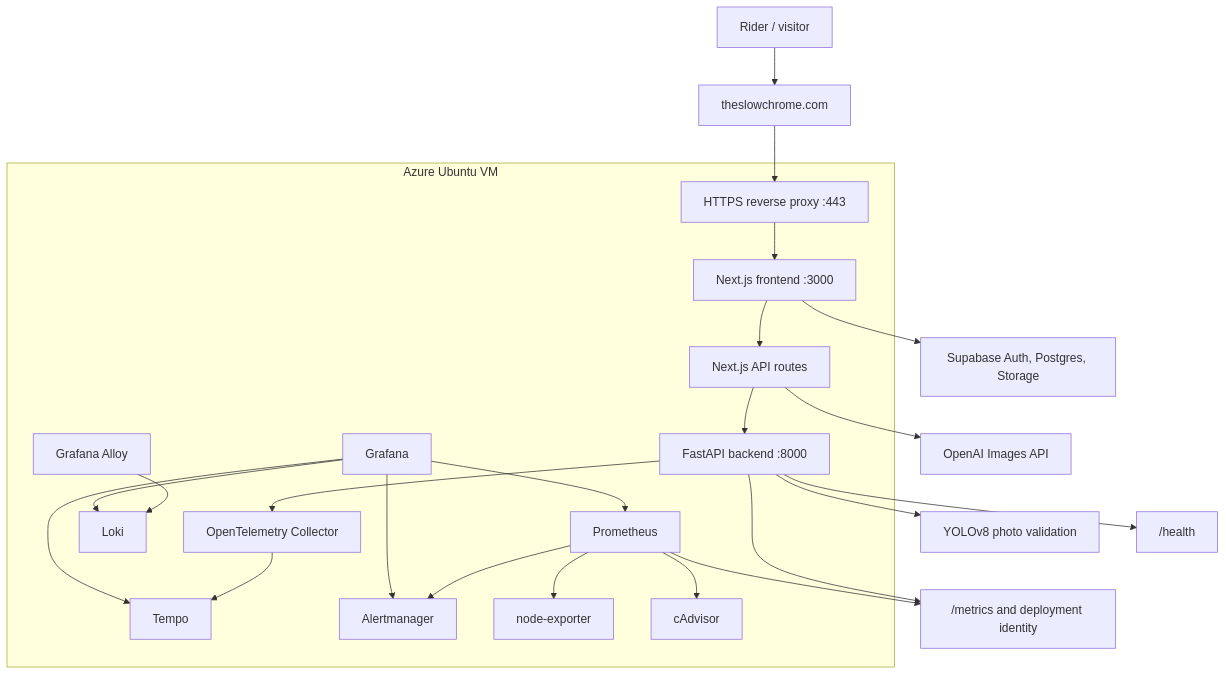
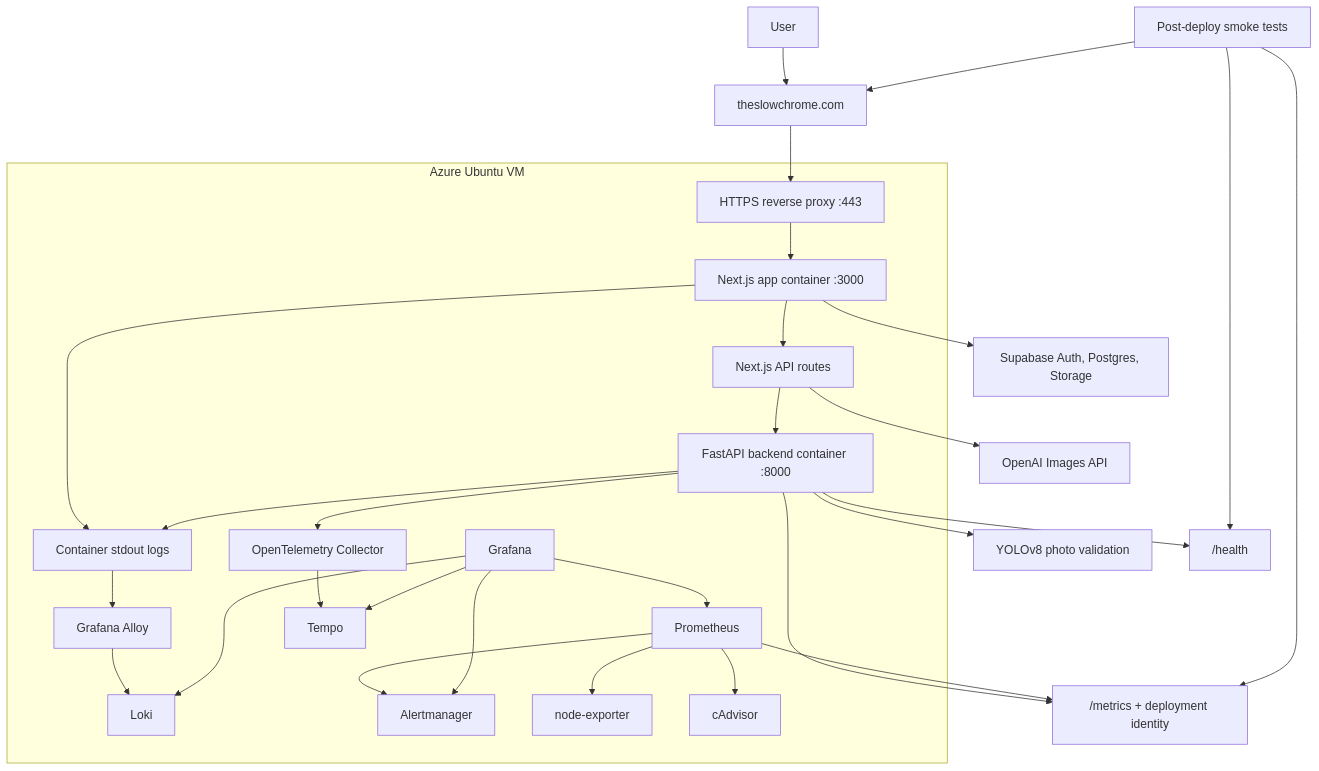
Before and after one commit to hzzcoding/SlowChrome-Showcase: the first of 4 diagrams in docs/technical-case-study.md, drawn with Mermaid. The commit also changed other lines of this file, not shown here.

````diff
--- a/docs/technical-case-study.md
+++ b/docs/technical-case-study.md
@@ -9,41 +9,48 @@
 ```mermaid
 flowchart TD
-    user["Rider / visitor"] --> domain["theslowchrome.com"]
+    user["User"] --> domain["theslowchrome.com"]
     domain --> proxy["HTTPS reverse proxy :443"]
-    proxy --> frontend["Next.js frontend :3000"]
+    proxy --> frontend["Next.js app container :3000"]
     frontend --> api["Next.js API routes"]
-    api --> backend["FastAPI backend :8000"]
+    api --> backend["FastAPI backend container :8000"]
     backend --> detector["YOLOv8 photo validation"]
     api --> openai["OpenAI Images API"]
     frontend --> supabase["Supabase Auth, Postgres, Storage"]
+    smoke["Post-deploy smoke tests"] --> domain
 
     subgraph vm["Azure Ubuntu VM"]
         proxy
         frontend
         api
         backend
+        logs["Container stdout logs"]
         prometheus["Prometheus"]
         grafana["Grafana"]
         loki["Loki"]
         alloy["Grafana Alloy"]
         tempo["Tempo"]
         otel["OpenTelemetry Collector"]
         alertmanager["Alertmanager"]
         node["node-exporter"]
         cadvisor["cAdvisor"]
     end
 
     backend --> health["/health"]
-    backend --> metrics["/metrics and deployment identity"]
+    backend --> metrics["/metrics + deployment identity"]
+    smoke --> health
+    smoke --> metrics
+    frontend --> logs
+    backend --> logs
     prometheus --> metrics
     prometheus --> node
     prometheus --> cadvisor
+    logs --> alloy
     backend --> otel
     otel --> tempo
     alloy --> loki
     prometheus --> alertmanager
     grafana --> prometheus
     grafana --> loki
     grafana --> tempo
     grafana --> alertmanager
 ```
````
